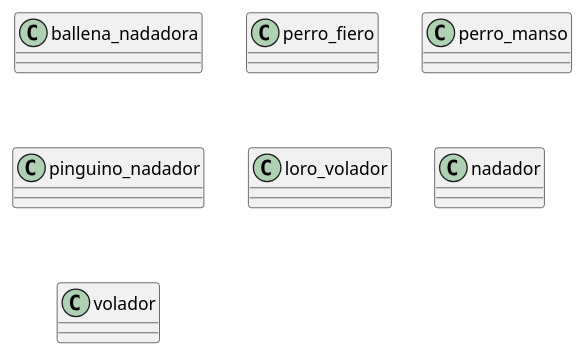
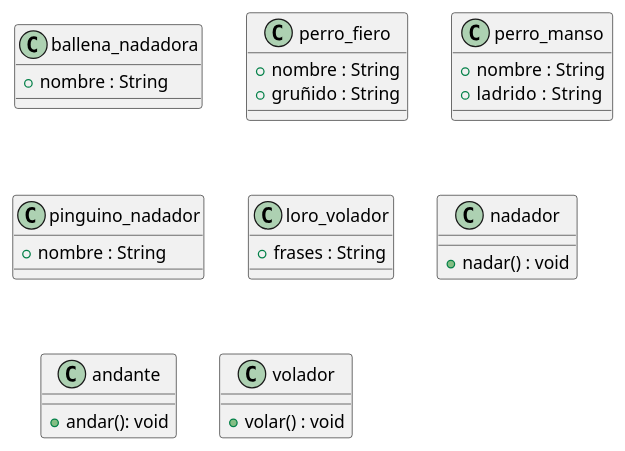
Before and after one commit to Carlosmanuelpre/ArcaNoelia_CarlosP: the diagram in ArcaDeNoelia_CarlosP.puml, drawn with PlantUML.

Commit message:
Añadimos atributos y metodos según la clase y la función que realiza

```diff
--- a/ArcaDeNoelia_CarlosP.puml
+++ b/ArcaDeNoelia_CarlosP.puml
@@ -1,9 +1,29 @@
 @startuml
-class ballena_nadadora{}
-class perro_fiero{}
-class perro_manso{}
-class pinguino_nadador{}
-class loro_volador{}
-class nadador{}
-class volador{}
+class ballena_nadadora{
++ nombre : String
+}
+class perro_fiero{
++ nombre : String
++ gruñido : String
+}
+class perro_manso{
++ nombre : String
++ ladrido :  String
+}
+class pinguino_nadador{
++ nombre : String
+}
+class loro_volador{
++ frases : String
+}
+class nadador{
++ nadar() : void
+}
+class andante{
++andar(): void
+}
+
+class volador{
++volar() : void
+}
 @enduml
```
